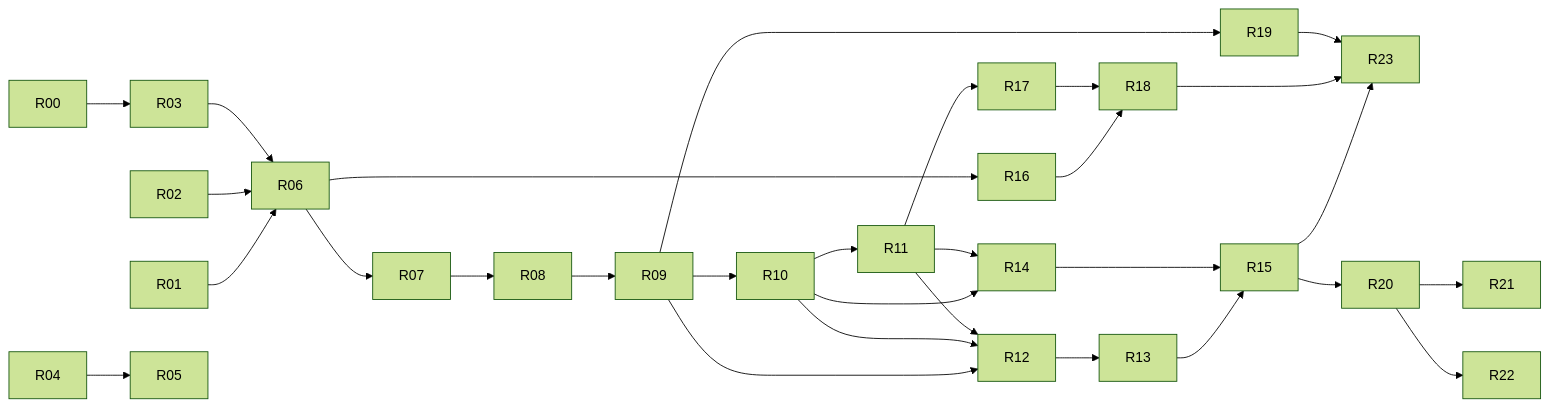
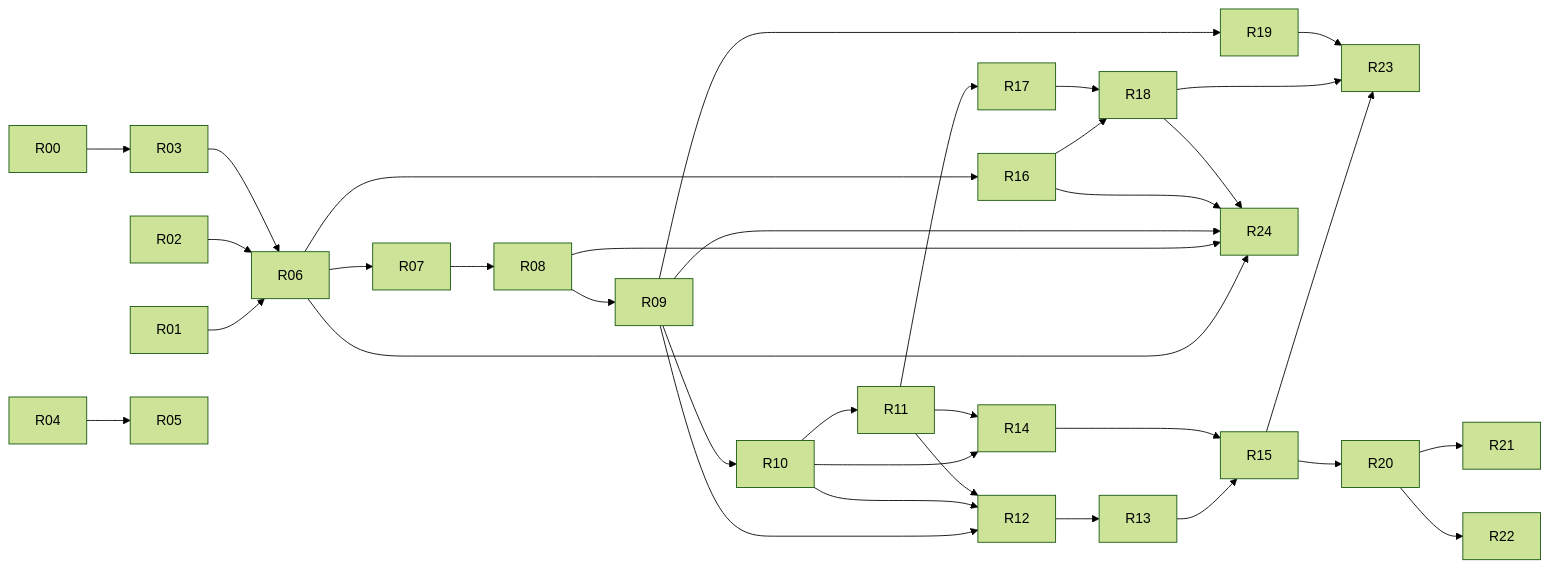
One commit to FOUNDUPS/Foundups-Agent changed the second of 2 diagrams in ROADMAP.md. Above: the diagram before and after it, drawn with Mermaid (forest theme). The commit also changed other lines of this file and 8 other files, not shown here.

First line of the commit message:
docs(roadmap): add qualified agent production line packet

````diff
--- a/ROADMAP.md
+++ b/ROADMAP.md
@@ -162,26 +171,31 @@
 ```mermaid
 flowchart LR
     R00 --> R03
     R01 --> R06
     R02 --> R06
     R03 --> R06
     R06 --> R07 --> R08 --> R09 --> R10 --> R11
     R04 --> R05
     R09 --> R12
     R10 --> R12
     R11 --> R12 --> R13
     R10 --> R14
     R11 --> R14
     R13 --> R15
     R14 --> R15
     R06 --> R16
     R11 --> R17
     R16 --> R18
     R17 --> R18
     R09 --> R19
     R15 --> R23
     R18 --> R23
     R19 --> R23
     R15 --> R20 --> R21
     R20 --> R22
+    R06 --> R24
+    R08 --> R24
+    R09 --> R24
+    R16 --> R24
+    R18 --> R24
 ```
````
